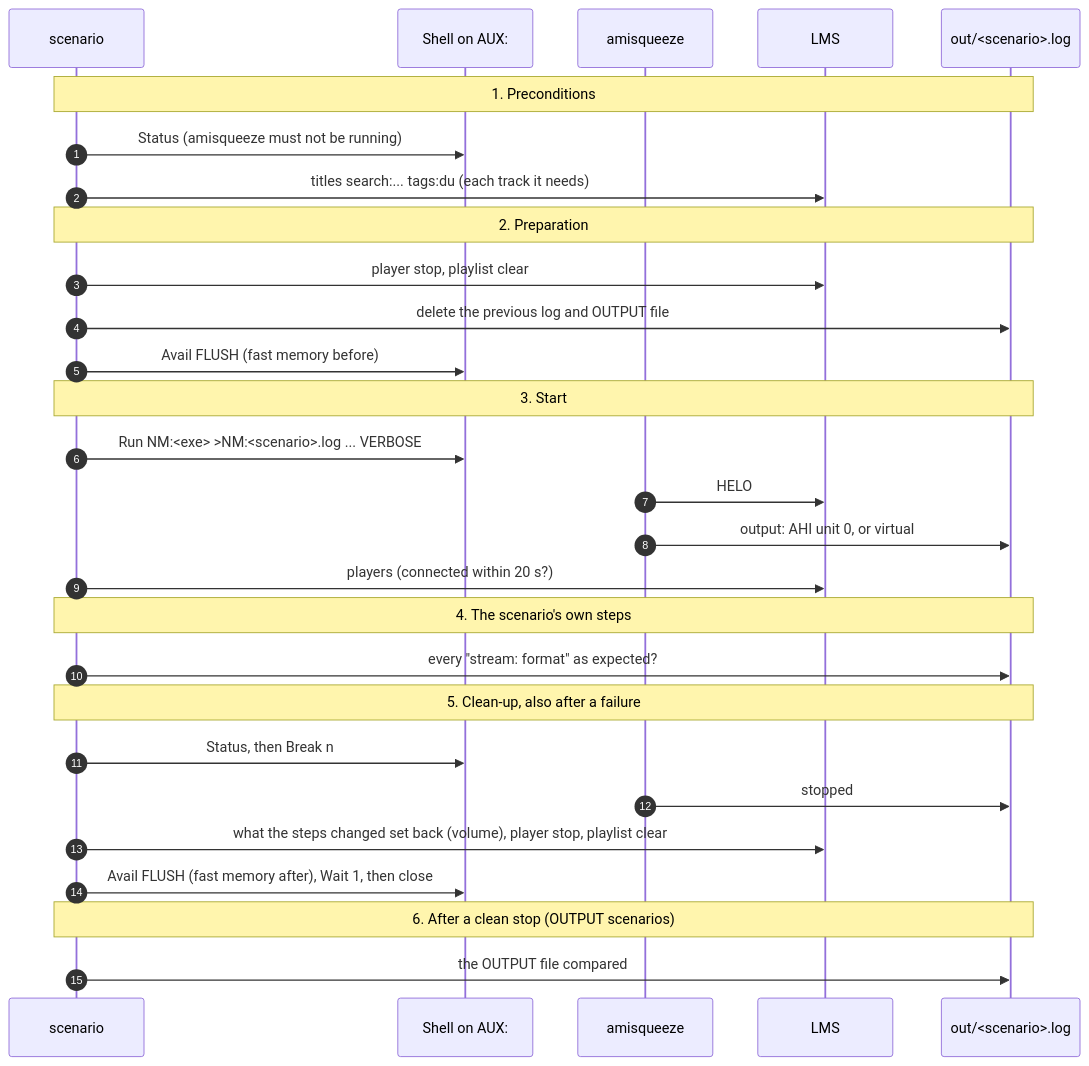
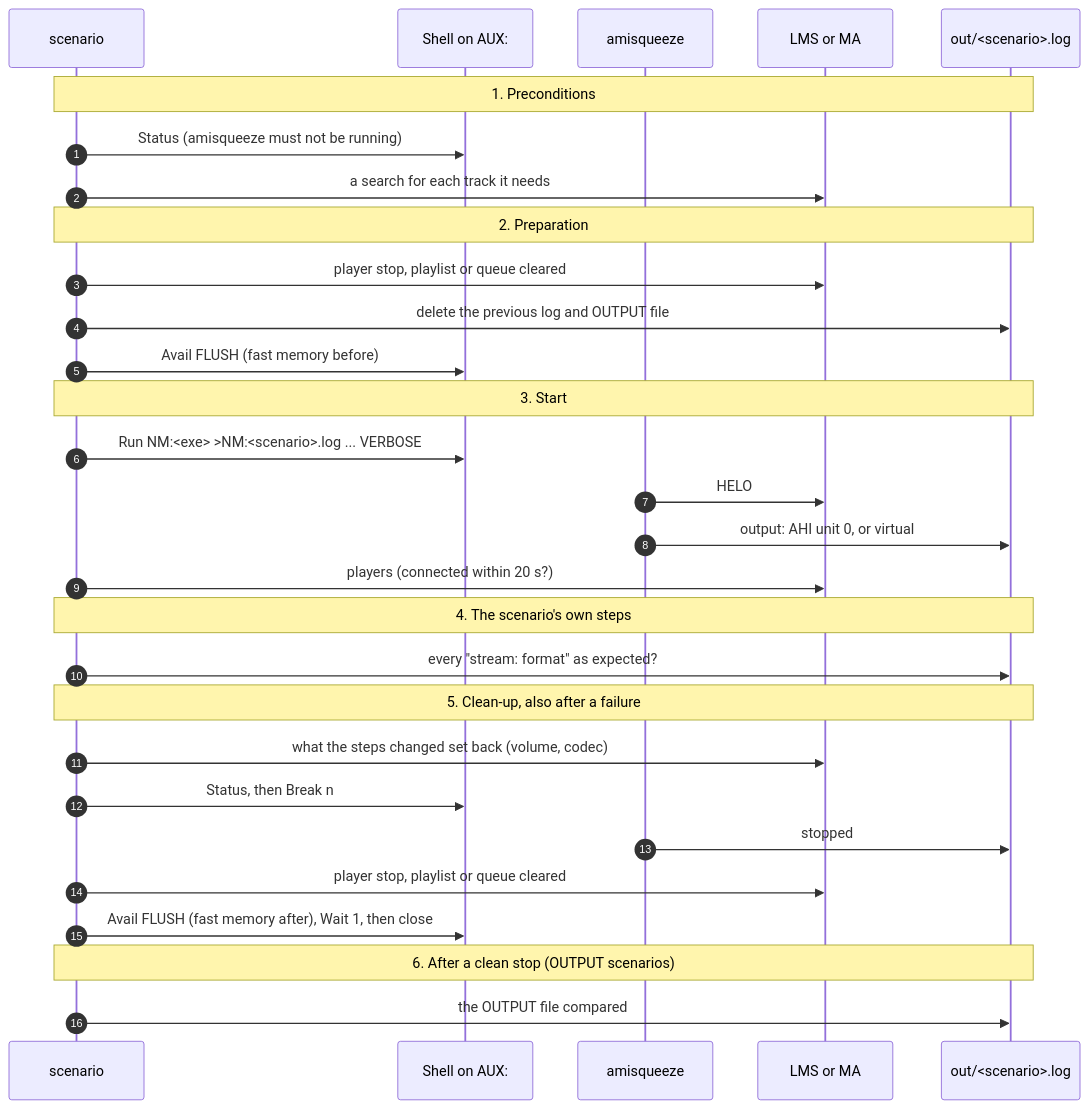
One commit to shadow38/amiga-network-music changed the third of 4 diagrams in docs/development/winuae-scenarios.md. Above: the diagram before and after it, drawn with Mermaid. The commit also changed other lines of this file and 9 other files, not shown here.

````diff
--- a/docs/development/winuae-scenarios.md
+++ b/docs/development/winuae-scenarios.md
@@ -173,31 +201,32 @@
 ```mermaid
 sequenceDiagram
     autonumber
     participant P as scenario
     participant W as Shell on AUX:
     participant A as amisqueeze
-    participant L as LMS
+    participant L as LMS or MA
     participant F as out/<scenario>.log
 
     Note over P,F: 1. Preconditions
     P->>W: Status (amisqueeze must not be running)
-    P->>L: titles search:... tags:du (each track it needs)
+    P->>L: a search for each track it needs
     Note over P,F: 2. Preparation
-    P->>L: player stop, playlist clear
+    P->>L: player stop, playlist or queue cleared
     P->>F: delete the previous log and OUTPUT file
     P->>W: Avail FLUSH (fast memory before)
     Note over P,F: 3. Start
     P->>W: Run NM:<exe> >NM:<scenario>.log ... VERBOSE
     A->>L: HELO
     A->>F: output: AHI unit 0, or virtual
     P->>L: players (connected within 20 s?)
     Note over P,F: 4. The scenario's own steps
     P->>F: every "stream: format" as expected?
     Note over P,F: 5. Clean-up, also after a failure
+    P->>L: what the steps changed set back (volume, codec)
     P->>W: Status, then Break n
     A->>F: stopped
-    P->>L: what the steps changed set back (volume), player stop, playlist clear
+    P->>L: player stop, playlist or queue cleared
     P->>W: Avail FLUSH (fast memory after), Wait 1, then close
     Note over P,F: 6. After a clean stop (OUTPUT scenarios)
     P->>F: the OUTPUT file compared
 ```
````
